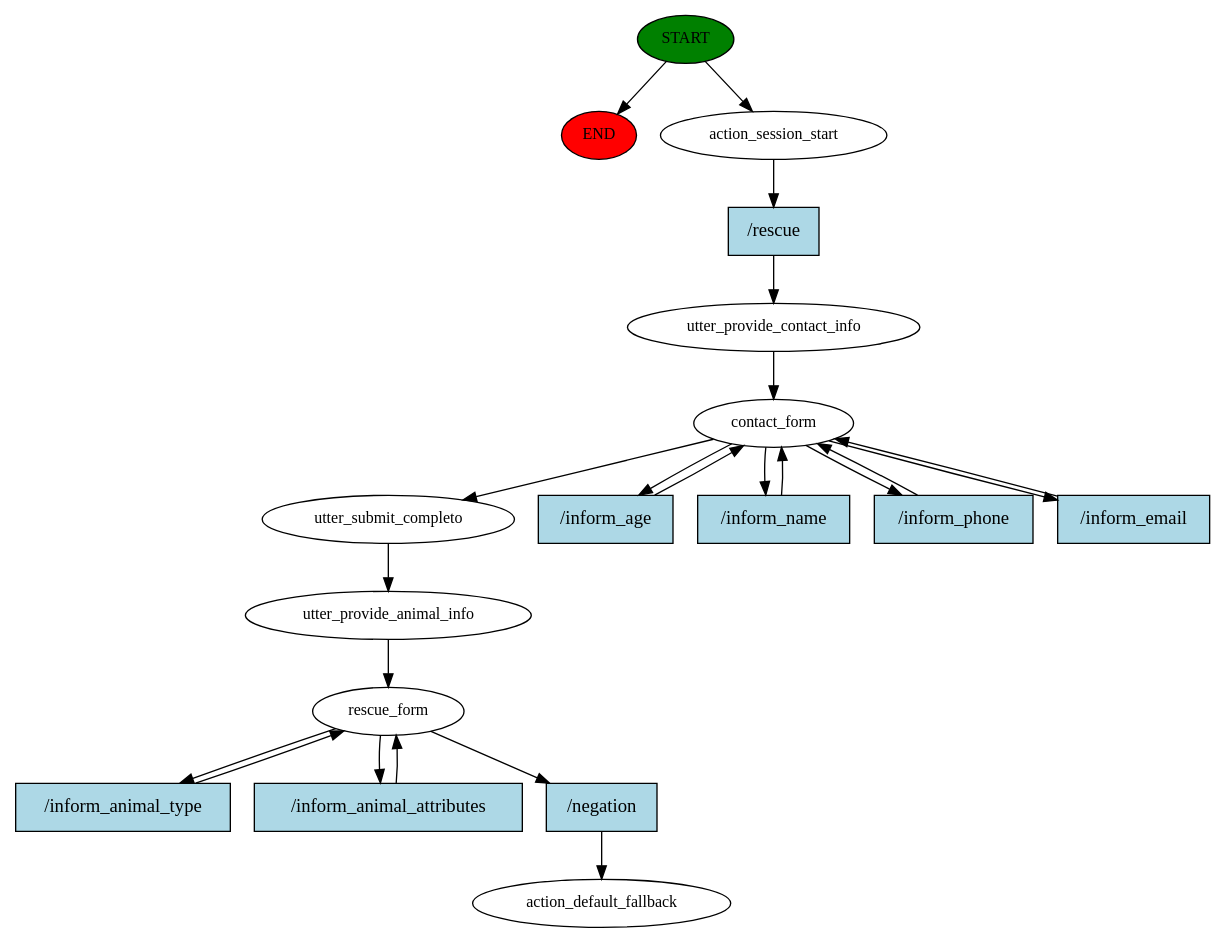
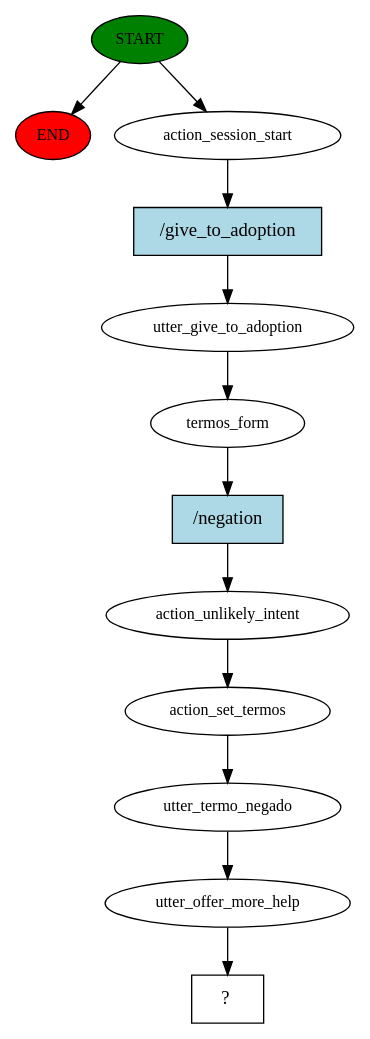
One commit to mercurioLino/av-daap changed the diagram in story_graph.dot. Above: the diagram before and after it, drawn with Graphviz. The commit also changed 10 other files, not shown here.

```diff
--- a/story_graph.dot
+++ b/story_graph.dot
@@ -1,41 +1,25 @@
 digraph  {
 0 [class="start active", fillcolor=green, fontsize=12, label=START, style=filled];
 "-1" [class=end, fillcolor=red, fontsize=12, label=END, style=filled];
 1 [class=active, fontsize=12, label=action_session_start];
-2 [class=active, fontsize=12, label=utter_provide_contact_info];
-3 [class=active, fontsize=12, label=contact_form];
-8 [class=active, fontsize=12, label=utter_submit_completo];
-9 [class=active, fontsize=12, label=utter_provide_animal_info];
-10 [class=active, fontsize=12, label=rescue_form];
-13 [class="dashed active", fontsize=12, label=action_default_fallback];
-14 [class="intent active", fillcolor=lightblue, label="/rescue", shape=rect, style=filled];
-15 [class="intent active", fillcolor=lightblue, label="/inform_age", shape=rect, style=filled];
-16 [class="intent active", fillcolor=lightblue, label="/inform_name", shape=rect, style=filled];
-17 [class="intent active", fillcolor=lightblue, label="/inform_phone", shape=rect, style=filled];
-18 [class="intent active", fillcolor=lightblue, label="/inform_email", shape=rect, style=filled];
-19 [class="intent active", fillcolor=lightblue, label="/inform_animal_type", shape=rect, style=filled];
-20 [class="intent active", fillcolor=lightblue, label="/inform_animal_attributes", shape=rect, style=filled];
-21 [class="intent active", fillcolor=lightblue, label="/negation", shape=rect, style=filled];
+2 [class=active, fontsize=12, label=utter_give_to_adoption];
+3 [class=active, fontsize=12, label=termos_form];
+4 [class=active, fontsize=12, label=action_unlikely_intent];
+5 [class=active, fontsize=12, label=action_set_termos];
+6 [class=active, fontsize=12, label=utter_termo_negado];
+7 [class=active, fontsize=12, label=utter_offer_more_help];
+8 [class="intent dashed active", label="  ?  ", shape=rect];
+9 [class="intent active", fillcolor=lightblue, label="/give_to_adoption", shape=rect, style=filled];
+10 [class="intent active", fillcolor=lightblue, label="/negation", shape=rect, style=filled];
 0 -> "-1"  [class="", key=NONE, label=""];
 0 -> 1  [class=active, key=NONE, label=""];
-1 -> 14  [class=active, key=0];
+1 -> 9  [class=active, key=0];
 2 -> 3  [class=active, key=NONE, label=""];
-3 -> 8  [class=active, key=NONE, label=""];
-3 -> 15  [class=active, key=0];
-3 -> 16  [class=active, key=0];
-3 -> 17  [class=active, key=0];
-3 -> 18  [class=active, key=0];
-8 -> 9  [class=active, key=NONE, label=""];
-9 -> 10  [class=active, key=NONE, label=""];
-10 -> 19  [class=active, key=0];
-10 -> 20  [class=active, key=0];
-10 -> 21  [class=active, key=0];
-14 -> 2  [class=active, key=0];
-15 -> 3  [class=active, key=0];
-16 -> 3  [class=active, key=0];
-17 -> 3  [class=active, key=0];
-18 -> 3  [class=active, key=0];
-19 -> 10  [class=active, key=0];
-20 -> 10  [class=active, key=0];
-21 -> 13  [class=active, key=0];
+3 -> 10  [class=active, key=0];
+4 -> 5  [class=active, key=NONE, label=""];
+5 -> 6  [class=active, key=NONE, label=""];
+6 -> 7  [class=active, key=NONE, label=""];
+7 -> 8  [class=active, key=NONE, label=""];
+9 -> 2  [class=active, key=0];
+10 -> 4  [class=active, key=0];
 }
```
